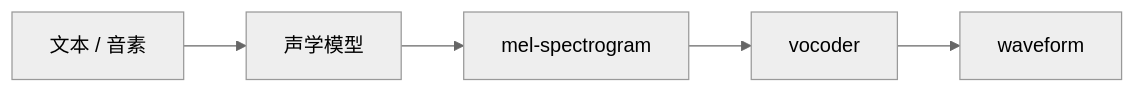
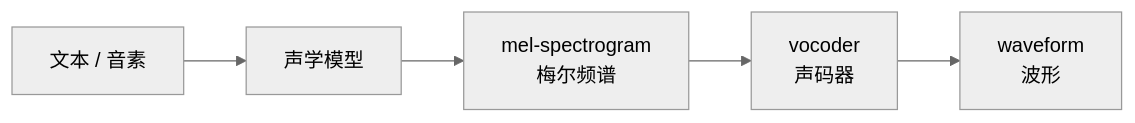
Before and after one commit to dugenkui03/OmniVoice: the second of 5 diagrams in books/chapter05_语音信号的时频表示.md, drawn with Mermaid (neutral theme). The commit also changed other lines of this file and 29 other files, not shown here.

Commit message:
Refine OmniVoice TTS learning book and add chapter diagrams

````diff
--- a/books/chapter05_语音信号的时频表示.md
+++ b/books/chapter05_语音信号的时频表示.md
@@ -19,7 +44,7 @@
 ```mermaid
 flowchart LR
     A["文本 / 音素"] --> B["声学模型"]
-    B --> C["mel-spectrogram"]
-    C --> D["vocoder"]
-    D --> E["waveform"]
+    B --> C["mel-spectrogram<br/>梅尔频谱"]
+    C --> D["vocoder<br/>声码器"]
+    D --> E["waveform<br/>波形"]
 ```
````
